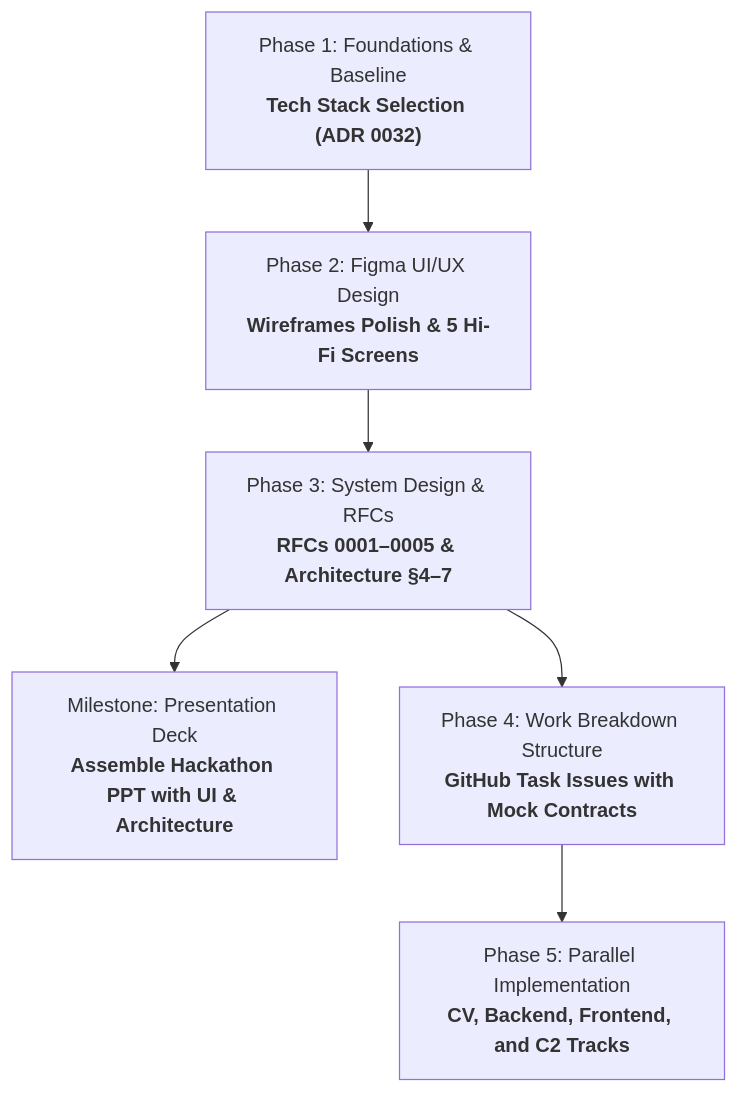
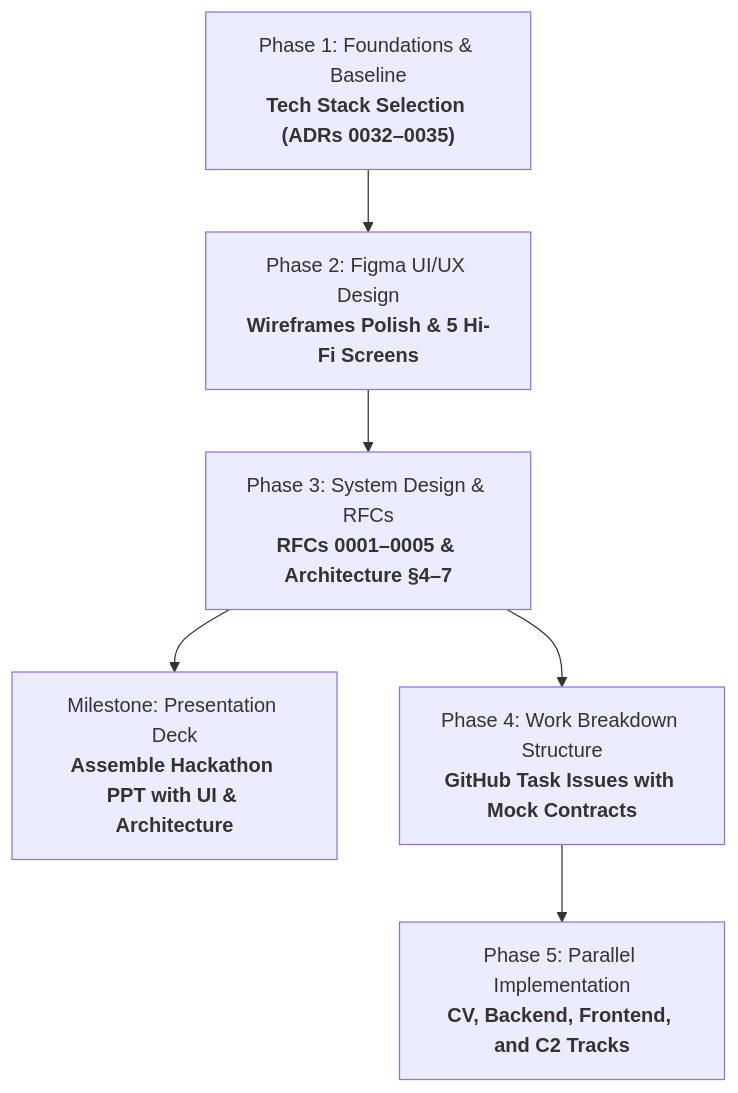
One commit to Sujatx/ibvap changed the second of 2 diagrams in README.md. Above: the diagram before and after it, drawn with Mermaid. The commit also changed other lines of this file and 11 other files, not shown here.

First line of the commit message:
Phase 1: record the technology stack as ADRs 0032-0035

````diff
--- a/README.md
+++ b/README.md
@@ -133,8 +133,8 @@
 ```mermaid
 graph TD
-    P1["Phase 1: Foundations & Baseline<br/><b>Tech Stack Selection (ADR 0032)</b>"] --> P2["Phase 2: Figma UI/UX Design<br/><b>Wireframes Polish & 5 Hi-Fi Screens</b>"]
+    P1["Phase 1: Foundations & Baseline<br/><b>Tech Stack Selection (ADRs 0032–0035)</b>"] --> P2["Phase 2: Figma UI/UX Design<br/><b>Wireframes Polish & 5 Hi-Fi Screens</b>"]
     P2 --> P3["Phase 3: System Design & RFCs<br/><b>RFCs 0001–0005 & Architecture §4–7</b>"]
     P3 --> PPT["Milestone: Presentation Deck<br/><b>Assemble Hackathon PPT with UI & Architecture</b>"]
     P3 --> P4["Phase 4: Work Breakdown Structure<br/><b>GitHub Task Issues with Mock Contracts</b>"]
     P4 --> P5["Phase 5: Parallel Implementation<br/><b>CV, Backend, Frontend, and C2 Tracks</b>"]
 ```
````
